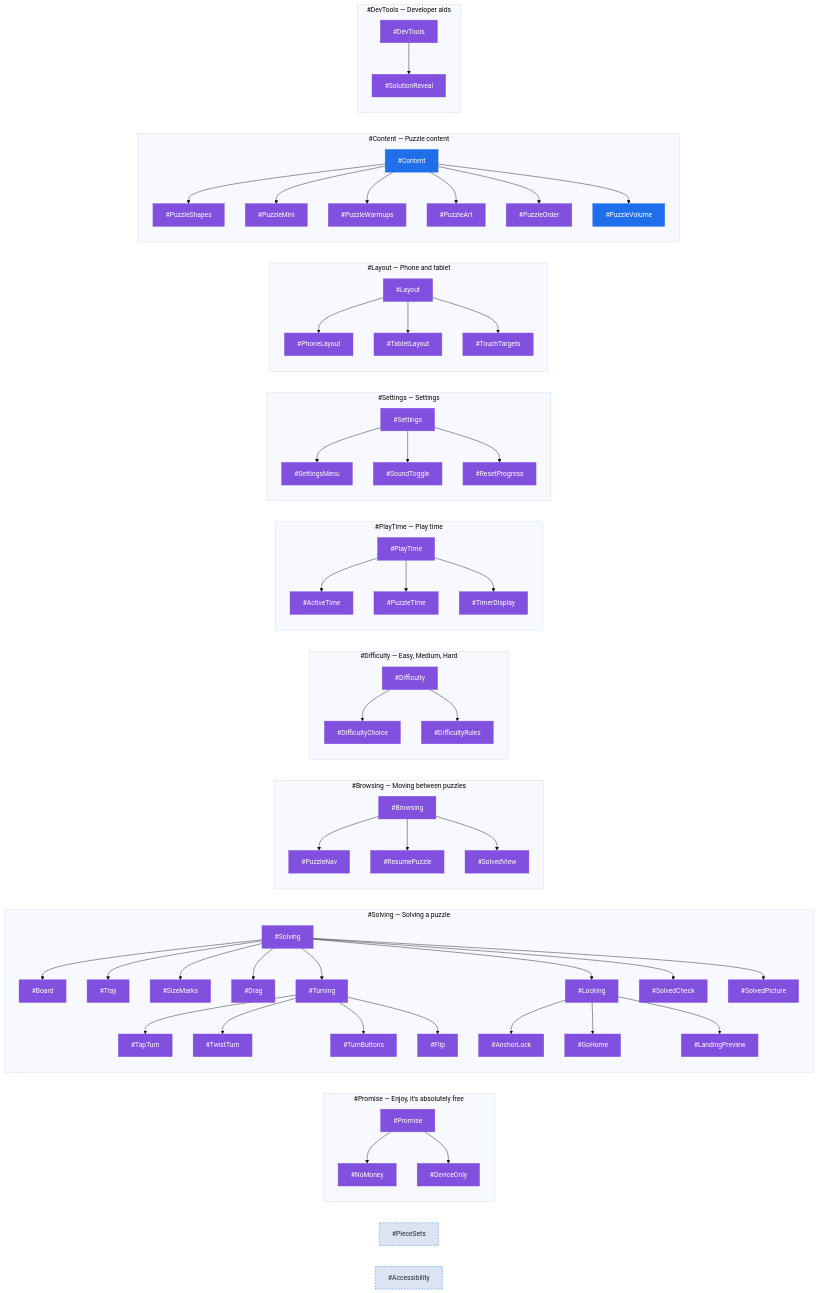
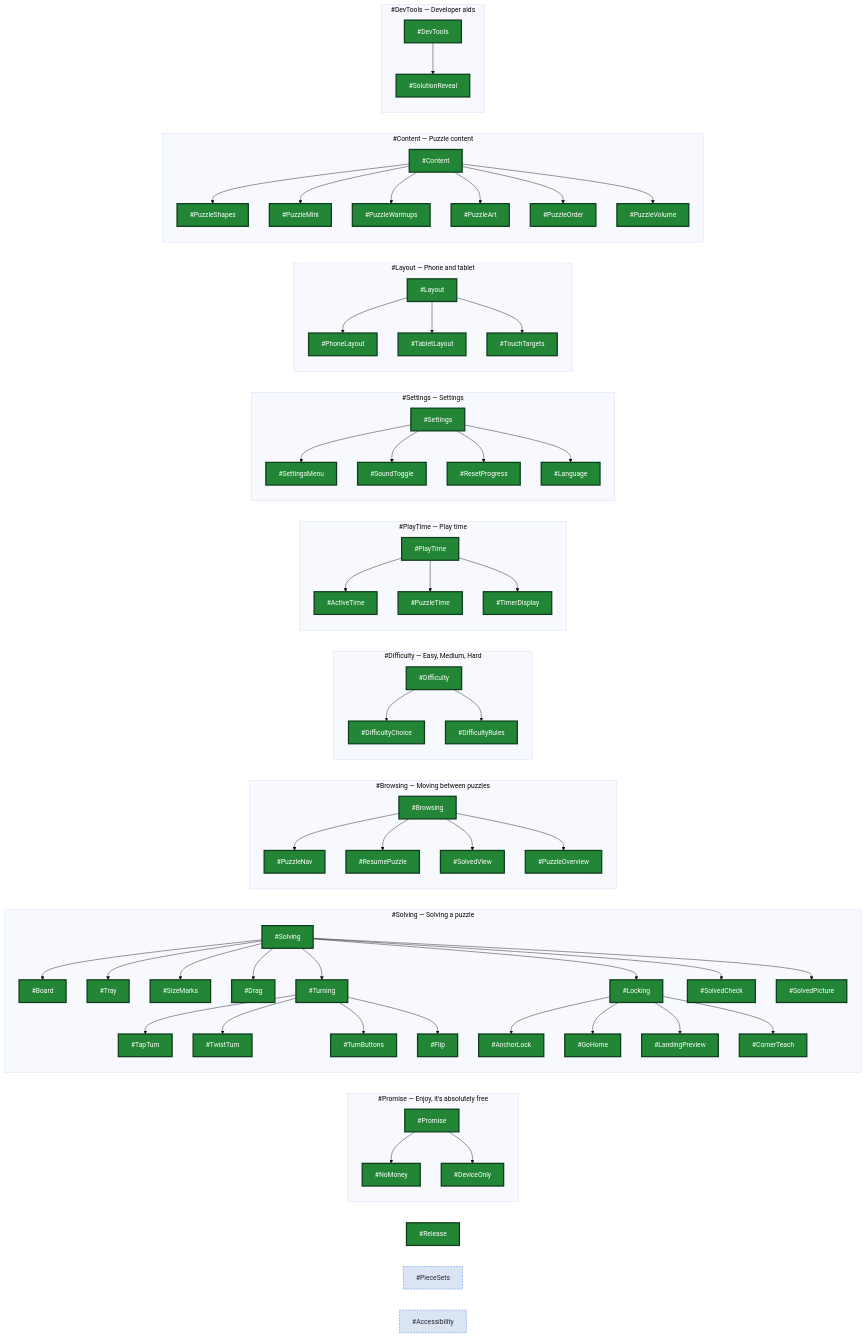
One commit to jamisuni/TangramNoAds changed the diagram in Requirements/views/feature-map.md. Above: the diagram before and after it, drawn with Mermaid (base theme). The commit also changed 111 other files, not shown here.

````diff
--- a/Requirements/views/feature-map.md
+++ b/Requirements/views/feature-map.md
@@ -7,69 +7,73 @@
 ```mermaid
 flowchart LR
   subgraph sg_Promise ["#Promise — Enjoy, it's absolutely free"]
-    Promise["#Promise"]:::featAi
-    NoMoney["#NoMoney"]:::featAi
-    DeviceOnly["#DeviceOnly"]:::featAi
+    Promise["#Promise"]:::featLock
+    NoMoney["#NoMoney"]:::featLock
+    DeviceOnly["#DeviceOnly"]:::featLock
   end
   subgraph sg_Solving ["#Solving — Solving a puzzle"]
-    Solving["#Solving"]:::featAi
-    Board["#Board"]:::featAi
-    Tray["#Tray"]:::featAi
-    SizeMarks["#SizeMarks"]:::featAi
-    Drag["#Drag"]:::featAi
-    Turning["#Turning"]:::featAi
-    TapTurn["#TapTurn"]:::featAi
-    TwistTurn["#TwistTurn"]:::featAi
-    TurnButtons["#TurnButtons"]:::featAi
-    Flip["#Flip"]:::featAi
-    Locking["#Locking"]:::featAi
-    AnchorLock["#AnchorLock"]:::featAi
-    GoHome["#GoHome"]:::featAi
-    LandingPreview["#LandingPreview"]:::featAi
-    SolvedCheck["#SolvedCheck"]:::featAi
-    SolvedPicture["#SolvedPicture"]:::featAi
+    Solving["#Solving"]:::featLock
+    Board["#Board"]:::featLock
+    Tray["#Tray"]:::featLock
+    SizeMarks["#SizeMarks"]:::featLock
+    Drag["#Drag"]:::featLock
+    Turning["#Turning"]:::featLock
+    TapTurn["#TapTurn"]:::featLock
+    TwistTurn["#TwistTurn"]:::featLock
+    TurnButtons["#TurnButtons"]:::featLock
+    Flip["#Flip"]:::featLock
+    Locking["#Locking"]:::featLock
+    AnchorLock["#AnchorLock"]:::featLock
+    GoHome["#GoHome"]:::featLock
+    LandingPreview["#LandingPreview"]:::featLock
+    CornerTeach["#CornerTeach"]:::featLock
+    SolvedCheck["#SolvedCheck"]:::featLock
+    SolvedPicture["#SolvedPicture"]:::featLock
   end
   subgraph sg_Browsing ["#Browsing — Moving between puzzles"]
-    Browsing["#Browsing"]:::featAi
-    PuzzleNav["#PuzzleNav"]:::featAi
-    ResumePuzzle["#ResumePuzzle"]:::featAi
-    SolvedView["#SolvedView"]:::featAi
+    Browsing["#Browsing"]:::featLock
+    PuzzleNav["#PuzzleNav"]:::featLock
+    ResumePuzzle["#ResumePuzzle"]:::featLock
+    SolvedView["#SolvedView"]:::featLock
+    PuzzleOverview["#PuzzleOverview"]:::featLock
   end
   subgraph sg_Difficulty ["#Difficulty — Easy, Medium, Hard"]
-    Difficulty["#Difficulty"]:::featAi
-    DifficultyChoice["#DifficultyChoice"]:::featAi
-    DifficultyRules["#DifficultyRules"]:::featAi
+    Difficulty["#Difficulty"]:::featLock
+    DifficultyChoice["#DifficultyChoice"]:::featLock
+    DifficultyRules["#DifficultyRules"]:::featLock
   end
   subgraph sg_PlayTime ["#PlayTime — Play time"]
-    PlayTime["#PlayTime"]:::featAi
-    ActiveTime["#ActiveTime"]:::featAi
-    PuzzleTime["#PuzzleTime"]:::featAi
-    TimerDisplay["#TimerDisplay"]:::featAi
+    PlayTime["#PlayTime"]:::featLock
+    ActiveTime["#ActiveTime"]:::featLock
+    PuzzleTime["#PuzzleTime"]:::featLock
+    TimerDisplay["#TimerDisplay"]:::featLock
   end
   subgraph sg_Settings ["#Settings — Settings"]
-    Settings["#Settings"]:::featAi
-    SettingsMenu["#SettingsMenu"]:::featAi
-    SoundToggle["#SoundToggle"]:::featAi
-    ResetProgress["#ResetProgress"]:::featAi
+    Settings["#Settings"]:::featLock
+    SettingsMenu["#SettingsMenu"]:::featLock
+    SoundToggle["#SoundToggle"]:::featLock
+    ResetProgress["#ResetProgress"]:::featLock
+    Language["#Language"]:::featLock
   end
   subgraph sg_Layout ["#Layout — Phone and tablet"]
-    Layout["#Layout"]:::featAi
-    PhoneLayout["#PhoneLayout"]:::featAi
-    TabletLayout["#TabletLayout"]:::featAi
-    TouchTargets["#TouchTargets"]:::featAi
+    Layout["#Layout"]:::featLock
+    PhoneLayout["#PhoneLayout"]:::featLock
+    TabletLayout["#TabletLayout"]:::featLock
+    TouchTargets["#TouchTargets"]:::featLock
   end
   subgraph sg_Content ["#Content — Puzzle content"]
-    Content["#Content"]:::feat
-    PuzzleShapes["#PuzzleShapes"]:::featAi
-    PuzzleMini["#PuzzleMini"]:::featAi
-    PuzzleWarmups["#PuzzleWarmups"]:::featAi
-    PuzzleArt["#PuzzleArt"]:::featAi
-    PuzzleOrder["#PuzzleOrder"]:::featAi
-    PuzzleVolume["#PuzzleVolume"]:::feat
+    Content["#Content"]:::featLock
+    PuzzleShapes["#PuzzleShapes"]:::featLock
+    PuzzleMini["#PuzzleMini"]:::featLock
+    PuzzleWarmups["#PuzzleWarmups"]:::featLock
+    PuzzleArt["#PuzzleArt"]:::featLock
+    PuzzleOrder["#PuzzleOrder"]:::featLock
+    PuzzleVolume["#PuzzleVolume"]:::featLock
   end
+  Release["#Release"]:::featLock
   subgraph sg_DevTools ["#DevTools — Developer aids"]
-    DevTools["#DevTools"]:::featAi
-    SolutionReveal["#SolutionReveal"]:::featAi
+    DevTools["#DevTools"]:::featLock
+    SolutionReveal["#SolutionReveal"]:::featLock
   end
   PieceSets["#PieceSets"]:::featIdea
   Accessibility["#Accessibility"]:::featIdea
@@ -88,11 +92,13 @@
   Locking --> AnchorLock
   Locking --> GoHome
   Locking --> LandingPreview
+  Locking --> CornerTeach
   Solving --> SolvedCheck
   Solving --> SolvedPicture
   Browsing --> PuzzleNav
   Browsing --> ResumePuzzle
   Browsing --> SolvedView
+  Browsing --> PuzzleOverview
   Difficulty --> DifficultyChoice
   Difficulty --> DifficultyRules
   PlayTime --> ActiveTime
@@ -101,6 +107,7 @@
   Settings --> SettingsMenu
   Settings --> SoundToggle
   Settings --> ResetProgress
+  Settings --> Language
   Layout --> PhoneLayout
   Layout --> TabletLayout
   Layout --> TouchTargets
````
